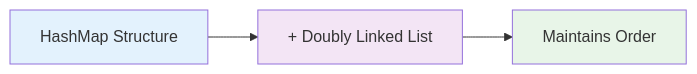
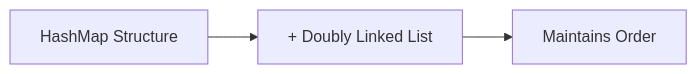
The third of 4 diagrams in readme/course5/Map.md (prasanvb/Java), drawn with Mermaid before and after one commit. The commit also changed other lines of this file, not shown here.

````diff
--- a/readme/course5/Map.md
+++ b/readme/course5/Map.md
@@ -141,9 +119,5 @@
 ```mermaid
 graph LR
     A[HashMap Structure] --> B[+ Doubly Linked List]
     B --> C[Maintains Order]
-    
-    style A fill:#e3f2fd
-    style B fill:#f3e5f5
-    style C fill:#e8f5e8
 ```
````
